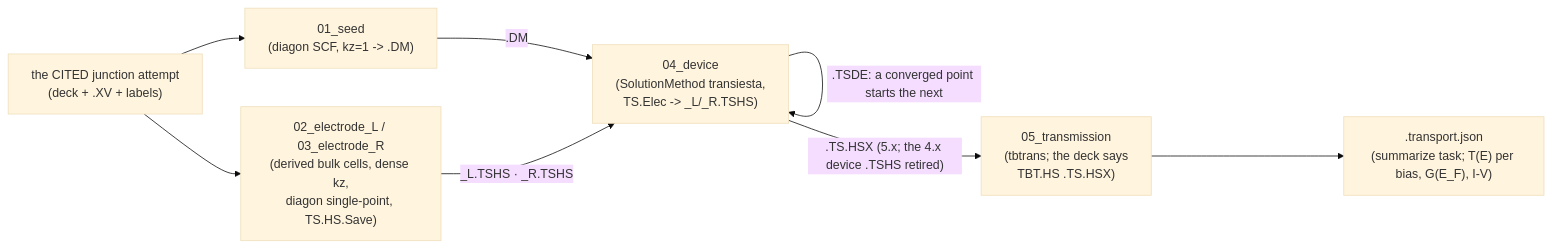
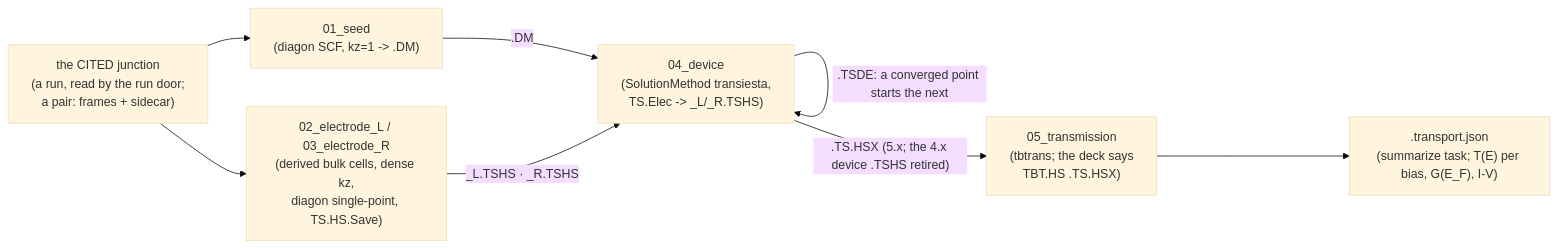
Diagram 11 of 13 in docs/engines/transport.md (Qing-LAB/molbuilder), drawn with Mermaid (base theme) before and after one commit. The commit also changed other lines of this file and 23 other files, not shown here.

````diff
--- a/docs/engines/transport.md
+++ b/docs/engines/transport.md
@@ -3359,11 +3364,11 @@
 ```mermaid
 flowchart LR
-    CITE["the CITED junction attempt<br/>(deck + .XV + labels)"]
+    CITE["the CITED junction<br/>(a run, read by the run door;<br/>a pair: frames + sidecar)"]
     CITE --> SEED["01_seed<br/>(diagon SCF, kz=1 -> .DM)"]
     CITE --> EL["02_electrode_L / 03_electrode_R<br/>(derived bulk cells, dense kz,<br/>diagon single-point, TS.HS.Save)"]
     SEED -->|".DM"| DEVICE["04_device<br/>(SolutionMethod transiesta,<br/>TS.Elec -> <label>_L/_R.TSHS)"]
     EL -->|"<label>_L.TSHS · <label>_R.TSHS"| DEVICE
     DEVICE -->|".TSDE: a converged point starts the next"| DEVICE
     DEVICE -->|"<label>.TS.HSX (5.x; the 4.x device .TSHS retired)"| TBT["05_transmission<br/>(tbtrans; the deck says<br/>TBT.HS <label>.TS.HSX)"]
     TBT --> RESULT["<label>.transport.json<br/>(summarize task; T(E) per bias, G(E_F), I-V)"]
 ```
````
